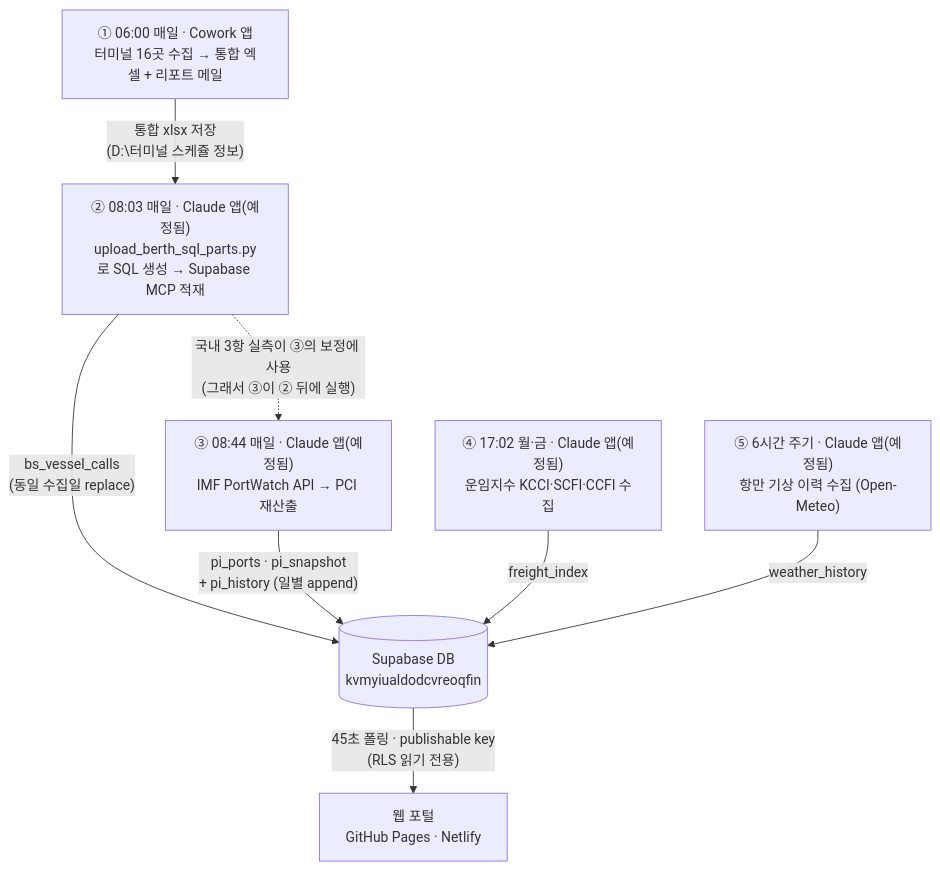
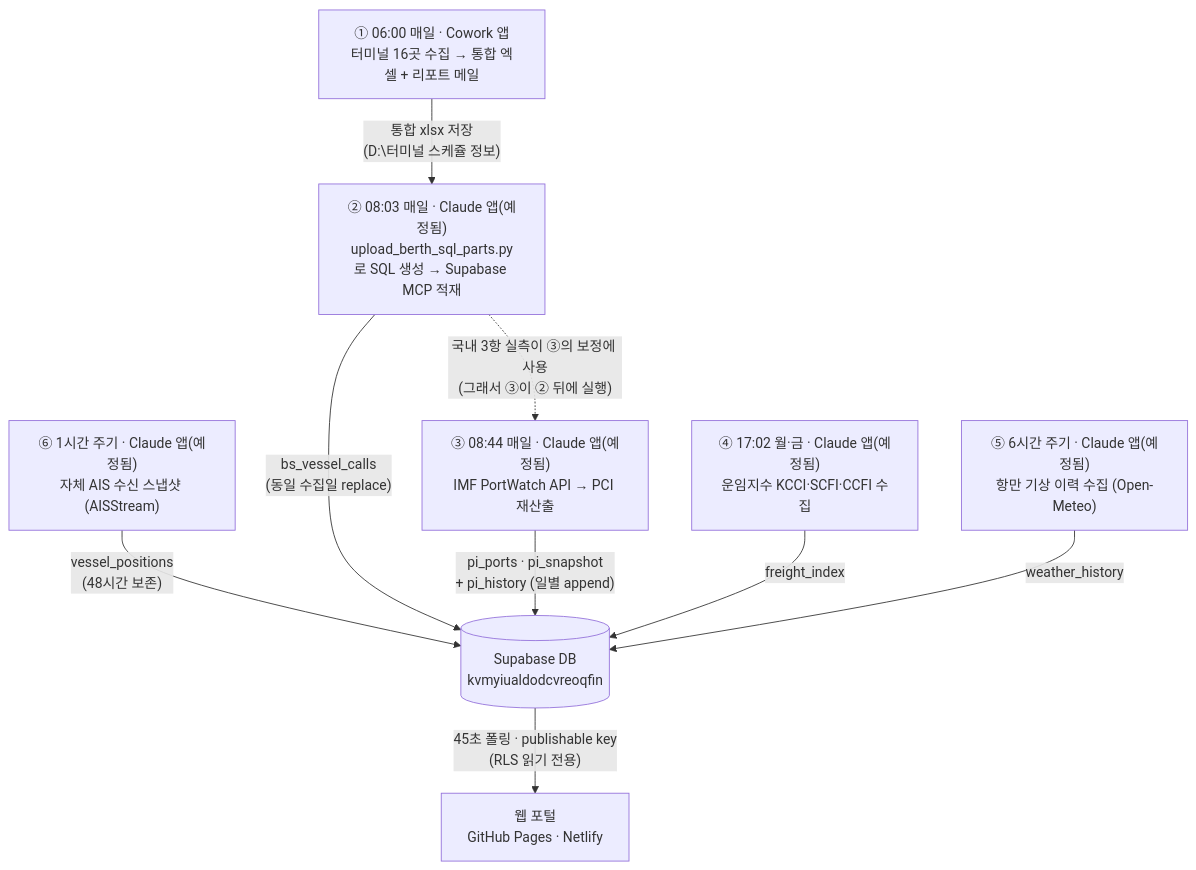
One commit to sitditrd/AI_SCM changed the diagram in docs/06-operations/스케줄러_체계.md. Above: the diagram before and after it, drawn with Mermaid. The commit also changed other lines of this file and 14 other files, not shown here.

First line of the commit message:
자체 AIS 수신 PoC — vessel_positions·수집 스크립트·스케줄러 ⑥·자체 지도 레이어

````diff
--- a/docs/06-operations/스케줄러_체계.md
+++ b/docs/06-operations/스케줄러_체계.md
@@ -6,15 +6,17 @@
 ```mermaid
 flowchart TB
     A["① 06:00 매일 · Cowork 앱<br/>터미널 16곳 수집 → 통합 엑셀 + 리포트 메일"]
     A -- "통합 xlsx 저장<br/>(D:\터미널 스케쥴 정보)" --> B
     B["② 08:03 매일 · Claude 앱(예정됨)<br/>upload_berth_sql_parts.py로 SQL 생성 → Supabase MCP 적재"]
     C["③ 08:44 매일 · Claude 앱(예정됨)<br/>IMF PortWatch API → PCI 재산출"]
     D["④ 17:02 월·금 · Claude 앱(예정됨)<br/>운임지수 KCCI·SCFI·CCFI 수집"]
     E["⑤ 6시간 주기 · Claude 앱(예정됨)<br/>항만 기상 이력 수집 (Open-Meteo)"]
+    G["⑥ 1시간 주기 · Claude 앱(예정됨)<br/>자체 AIS 수신 스냅샷 (AISStream)"]
+    G -- "vessel_positions<br/>(48시간 보존)" --> S
     B -- "bs_vessel_calls<br/>(동일 수집일 replace)" --> S[("Supabase DB<br/>kvmyiualdodcvreoqfin")]
     C -- "pi_ports · pi_snapshot<br/>+ pi_history (일별 append)" --> S
     D -- "freight_index" --> S
     E -- "weather_history" --> S
     B -. "국내 3항 실측이 ③의 보정에 사용<br/>(그래서 ③이 ② 뒤에 실행)" .-> C
     S -- "45초 폴링 · publishable key<br/>(RLS 읽기 전용)" --> W["웹 포털<br/>GitHub Pages · Netlify"]
 ```
````
